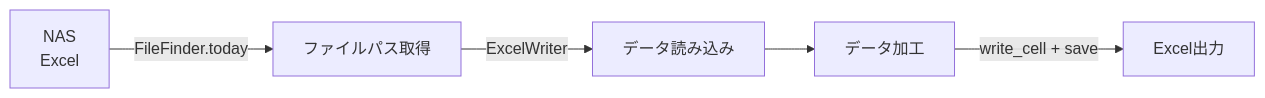
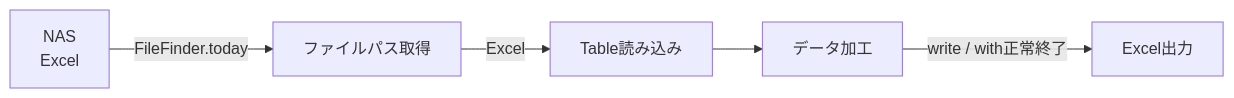
Before and after one commit to tenniscorecom/comken: the second of 4 diagrams in README.md, drawn with Mermaid. The commit also changed other lines of this file and 20 other files, not shown here.

````diff
--- a/README.md
+++ b/README.md
@@ -595,7 +595,7 @@
 ```mermaid
 flowchart LR
     A["NAS\nExcel"] -->|FileFinder.today| B["ファイルパス取得"]
-    B -->|ExcelWriter| C["データ読み込み"]
+    B -->|Excel| C["Table読み込み"]
     C --> D["データ加工"]
-    D -->|write_cell + save| E["Excel出力"]
+    D -->|write / with正常終了| E["Excel出力"]
 ```
````
